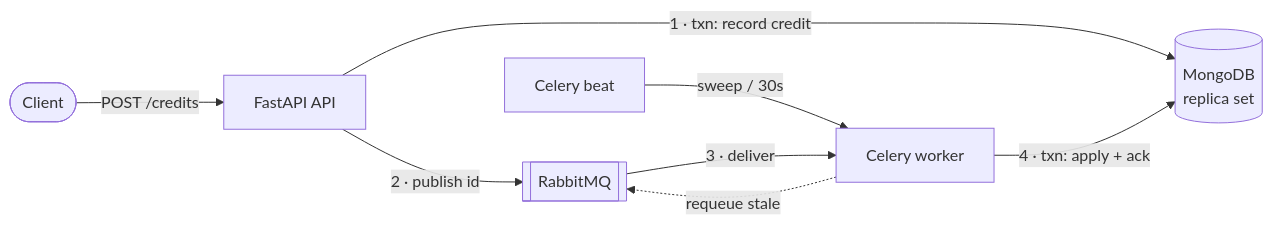
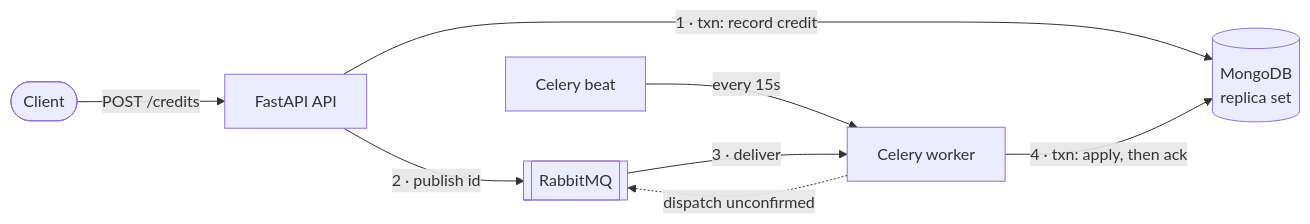
The diagram in docs/design.md (AbubakrShahid/async-credit-processing-service), drawn with Mermaid before and after one commit. The commit also changed other lines of this file and 31 other files, not shown here.

````diff
--- a/docs/design.md
+++ b/docs/design.md
@@ -11,10 +11,10 @@
 ```mermaid
 flowchart LR
   C([Client]) -- "POST /credits" --> API[FastAPI API]
   API -- "1 · txn: record credit" --> DB[(MongoDB<br/>replica set)]
   API -- "2 · publish id" --> MQ[[RabbitMQ]]
   MQ -- "3 · deliver" --> W[Celery worker]
-  W -- "4 · txn: apply + ack" --> DB
-  B[Celery beat] -- "sweep / 30s" --> W
-  W -. "requeue stale" .-> MQ
+  W -- "4 · txn: apply, then ack" --> DB
+  B[Celery beat] -- "every 15s" --> W
+  W -. "dispatch unconfirmed" .-> MQ
 ```
````
